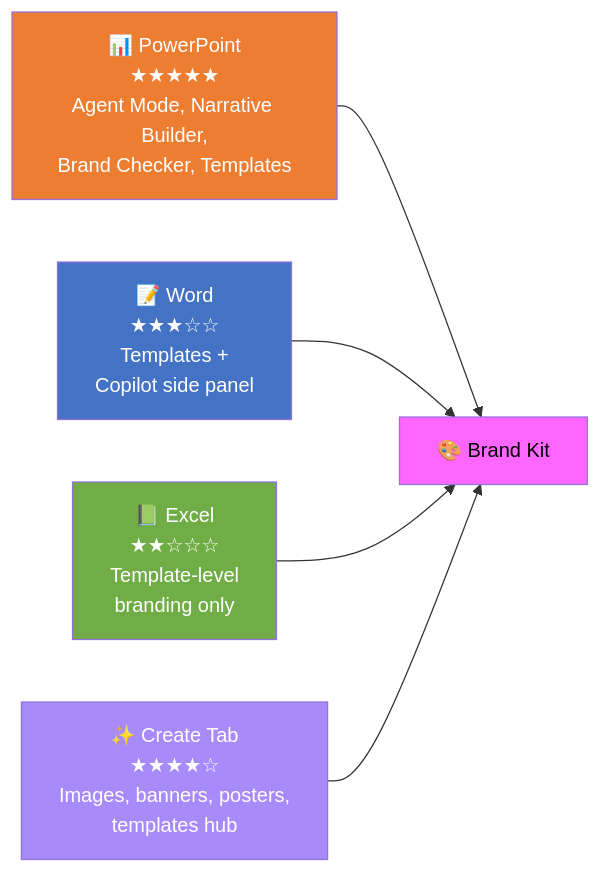
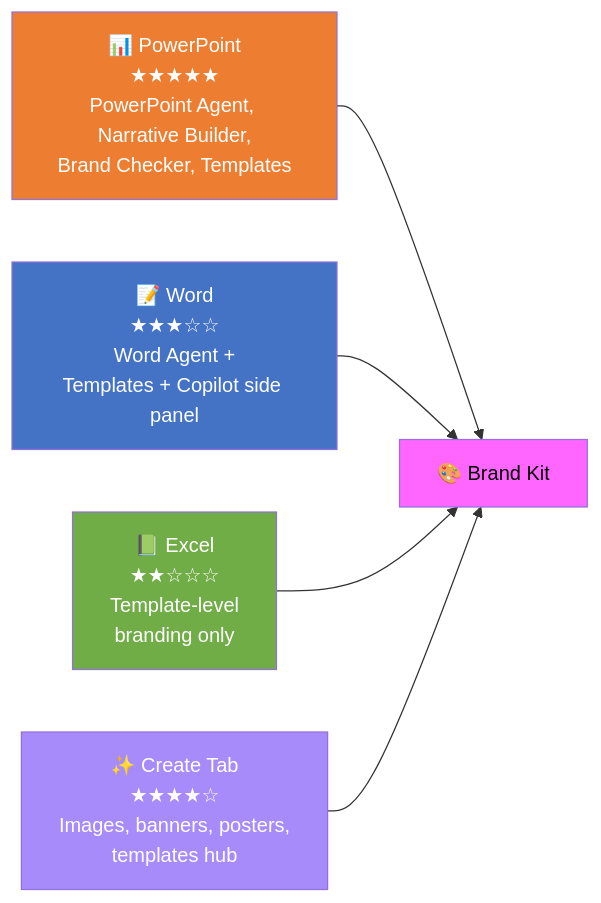
Before and after one commit to susanthgit/aguidetocloud-revamp: the second of 2 diagrams in content/blog/microsoft-365-copilot-brand-kit-complete-guide.md, drawn with Mermaid. The commit also changed other lines of this file, not shown here.

First line of the commit message:
Update Brand Kit blog: PowerPoint/Word/Excel Agents, vertical diagram

````diff
--- a/content/blog/microsoft-365-copilot-brand-kit-complete-guide.md
+++ b/content/blog/microsoft-365-copilot-brand-kit-complete-guide.md
@@ -256,12 +263,12 @@
 ```mermaid
 flowchart LR
-    A["📊 PowerPoint<br/>★★★★★<br/>Agent Mode, Narrative Builder,<br/>Brand Checker, Templates"] --> E["🎨 Brand Kit"]
-    B["📝 Word<br/>★★★☆☆<br/>Templates +<br/>Copilot side panel"] --> E
+    A["📊 PowerPoint<br/>★★★★★<br/>PowerPoint Agent, Narrative Builder,<br/>Brand Checker, Templates"] --> E["🎨 Brand Kit"]
+    B["📝 Word<br/>★★★☆☆<br/>Word Agent +<br/>Templates + Copilot side panel"] --> E
     C["📗 Excel<br/>★★☆☆☆<br/>Template-level<br/>branding only"] --> E
     D["✨ Create Tab<br/>★★★★☆<br/>Images, banners, posters,<br/>templates hub"] --> E
     style A fill:#ED7D31,color:#ffffff
     style B fill:#4472C4,color:#ffffff
     style C fill:#70AD47,color:#ffffff
     style D fill:#A78BFA,color:#ffffff
     style E fill:#FF66FF,color:#000000
 ```
````
